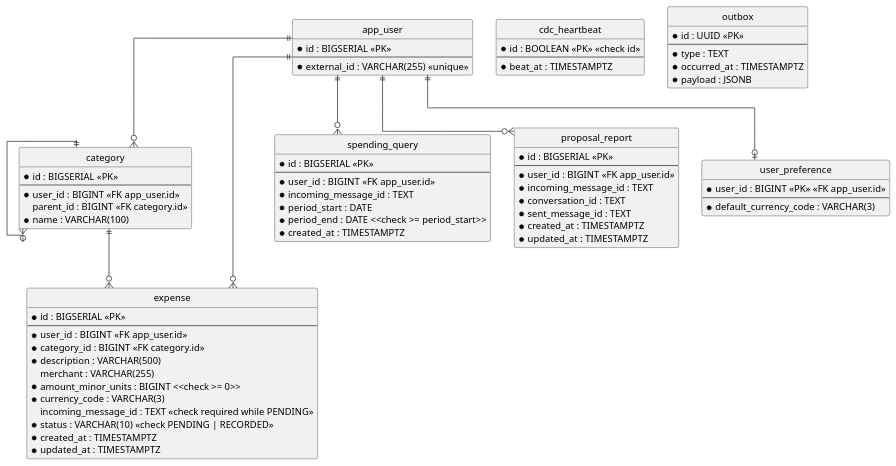
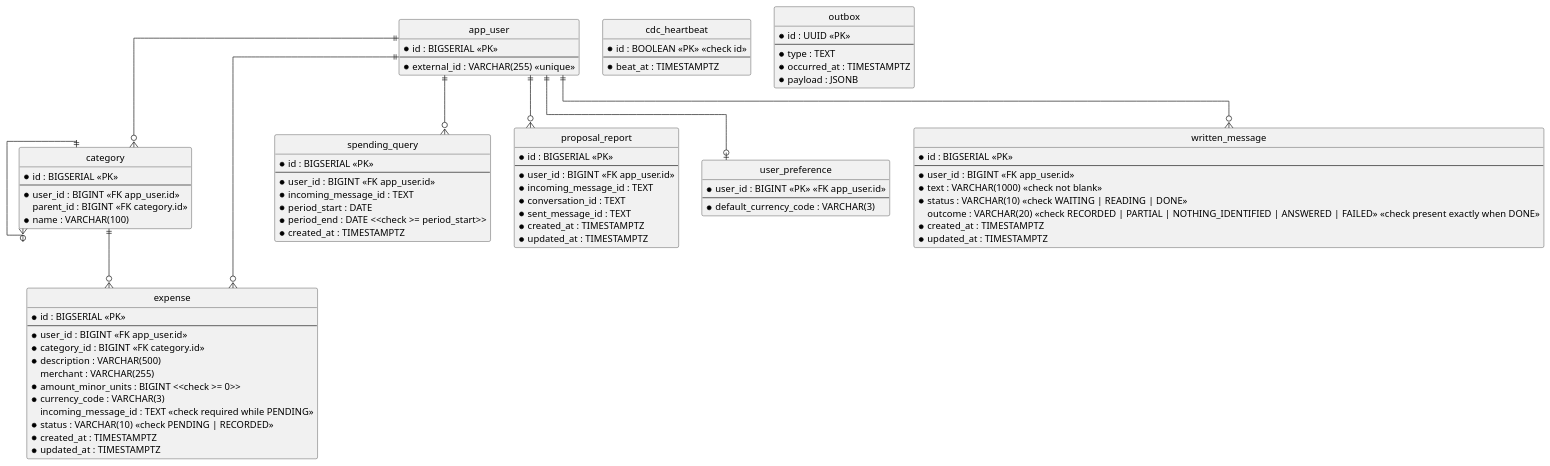
The diagram in ledger-service/docs/contracts/out/database.md (ds-usova/finance-bot), drawn with PlantUML before and after one commit. The commit also changed other lines of this file and 21 other files, not shown here.

````diff
--- a/ledger-service/docs/contracts/out/database.md
+++ b/ledger-service/docs/contracts/out/database.md
@@ -70,6 +70,17 @@
   * default_currency_code : VARCHAR(3)
 }
 
+entity "written_message" as written_message {
+  * id : BIGSERIAL <<PK>>
+  --
+  * user_id : BIGINT <<FK app_user.id>>
+  * text : VARCHAR(1000) <<check not blank>>
+  * status : VARCHAR(10) <<check WAITING | READING | DONE>>
+  outcome : VARCHAR(20) <<check RECORDED | PARTIAL | NOTHING_IDENTIFIED | ANSWERED | FAILED>> <<check present exactly when DONE>>
+  * created_at : TIMESTAMPTZ
+  * updated_at : TIMESTAMPTZ
+}
+
 entity "cdc_heartbeat" as cdc_heartbeat {
   * id : BOOLEAN <<PK>> <<check id>>
   --
@@ -91,5 +102,6 @@
 app_user ||--o{ spending_query
 app_user ||--o{ proposal_report
 app_user ||--o| user_preference
+app_user ||--o{ written_message
 @enduml
 ```
````
